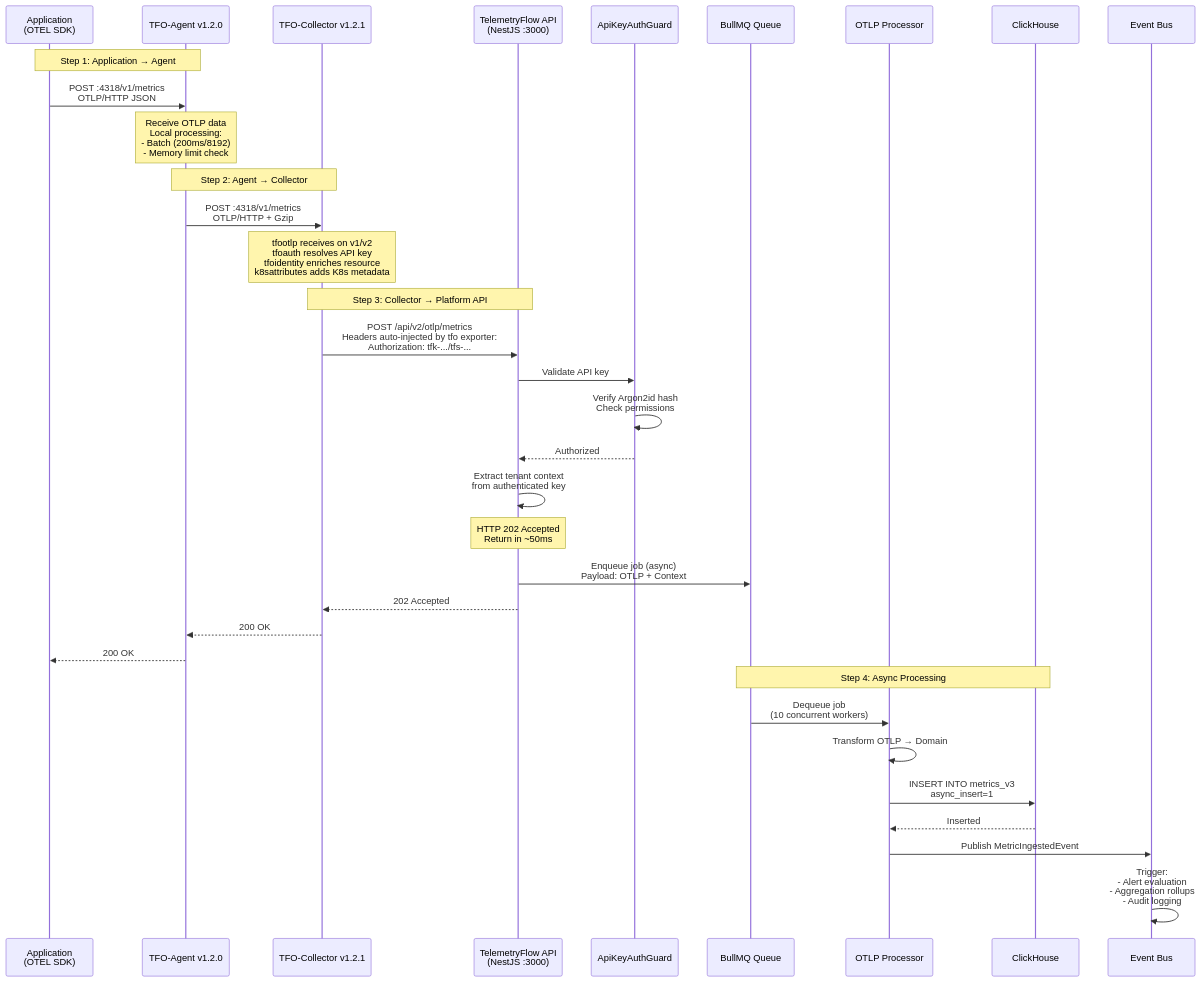
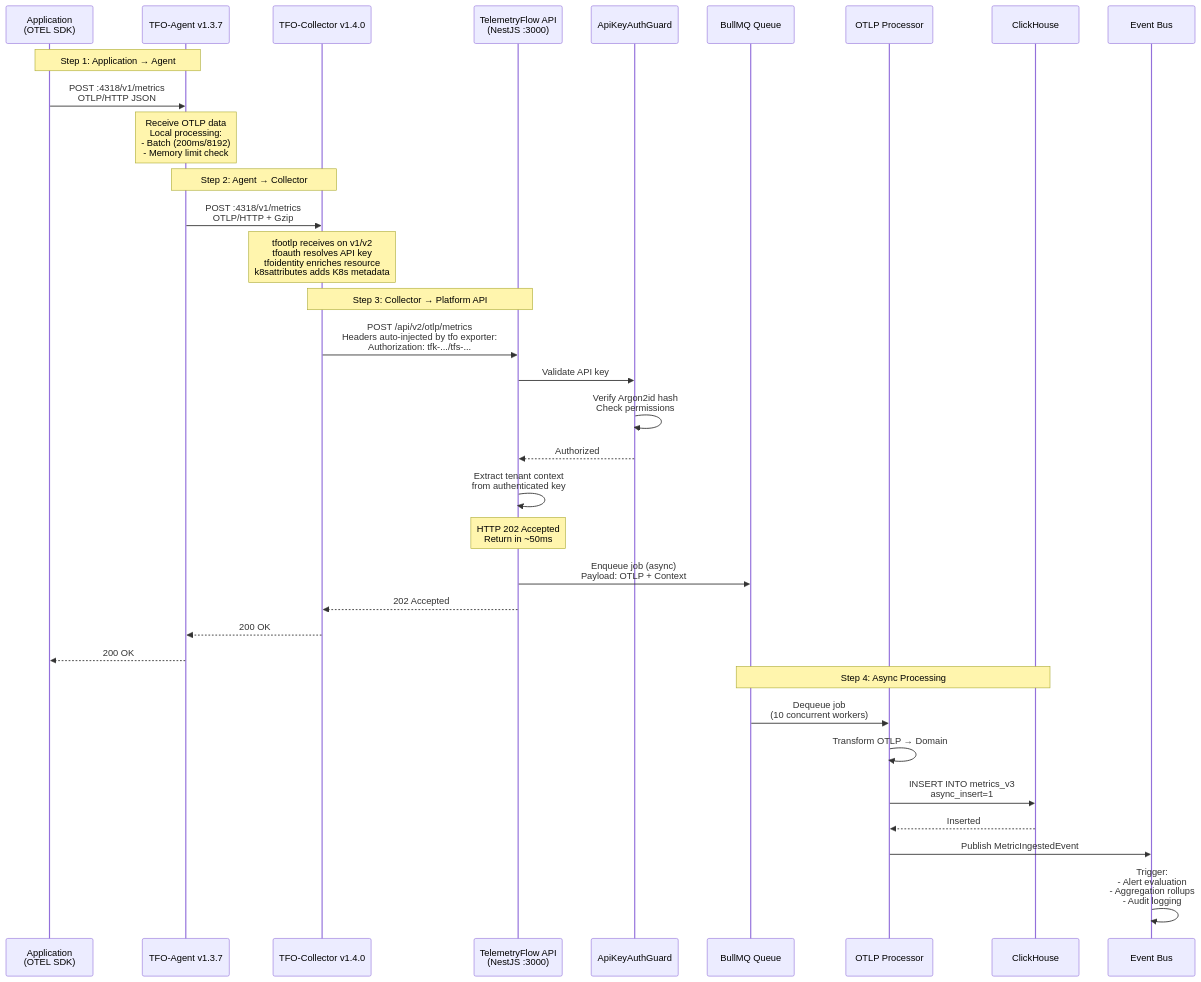
The second of 4 diagrams in tfo-otel/INGESTION-FLOW.md (telemetryflow/telemetryflow-overview), drawn with Mermaid before and after one commit. The commit also changed other lines of this file and 11 other files, not shown here.

First line of the commit message:
docs: update component versions to latest (agent/collector/platform/OTel)

````diff
--- a/tfo-otel/INGESTION-FLOW.md
+++ b/tfo-otel/INGESTION-FLOW.md
@@ -59,49 +59,49 @@
 ```mermaid
 sequenceDiagram
     participant App as Application<br/>(OTEL SDK)
-    participant Agent as TFO-Agent v1.2.0
-    participant Collector as TFO-Collector v1.2.1
+    participant Agent as TFO-Agent v1.3.7
+    participant Collector as TFO-Collector v1.4.0
     participant API as TelemetryFlow API<br/>(NestJS :3000)
     participant Guard as ApiKeyAuthGuard
     participant Queue as BullMQ Queue
     participant Worker as OTLP Processor
     participant CH as ClickHouse
     participant EventBus as Event Bus
 
     Note over App,Agent: Step 1: Application → Agent
 
     App->>Agent: POST :4318/v1/metrics<br/>OTLP/HTTP JSON
     Note over Agent: Receive OTLP data<br/>Local processing:<br/>- Batch (200ms/8192)<br/>- Memory limit check
 
     Note over Agent,Collector: Step 2: Agent → Collector
 
     Agent->>Collector: POST :4318/v1/metrics<br/>OTLP/HTTP + Gzip
     Note over Collector: tfootlp receives on v1/v2<br/>tfoauth resolves API key<br/>tfoidentity enriches resource<br/>k8sattributes adds K8s metadata
 
     Note over Collector,API: Step 3: Collector → Platform API
 
     Collector->>API: POST /api/v2/otlp/metrics<br/>Headers auto-injected by tfo exporter:<br/>Authorization: tfk-.../tfs-...
 
     API->>Guard: Validate API key
     Guard->>Guard: Verify Argon2id hash<br/>Check permissions
     Guard-->>API: Authorized
 
     API->>API: Extract tenant context<br/>from authenticated key
 
     Note over API: HTTP 202 Accepted<br/>Return in ~50ms
 
     API->>Queue: Enqueue job (async)<br/>Payload: OTLP + Context
     API-->>Collector: 202 Accepted
     Collector-->>Agent: 200 OK
     Agent-->>App: 200 OK
 
     Note over Queue,CH: Step 4: Async Processing
 
     Queue->>Worker: Dequeue job<br/>(10 concurrent workers)
     Worker->>Worker: Transform OTLP → Domain
     Worker->>CH: INSERT INTO metrics_v3<br/>async_insert=1
     CH-->>Worker: Inserted
 
     Worker->>EventBus: Publish MetricIngestedEvent
     EventBus->>EventBus: Trigger:<br/>- Alert evaluation<br/>- Aggregation rollups<br/>- Audit logging
 ```
````
